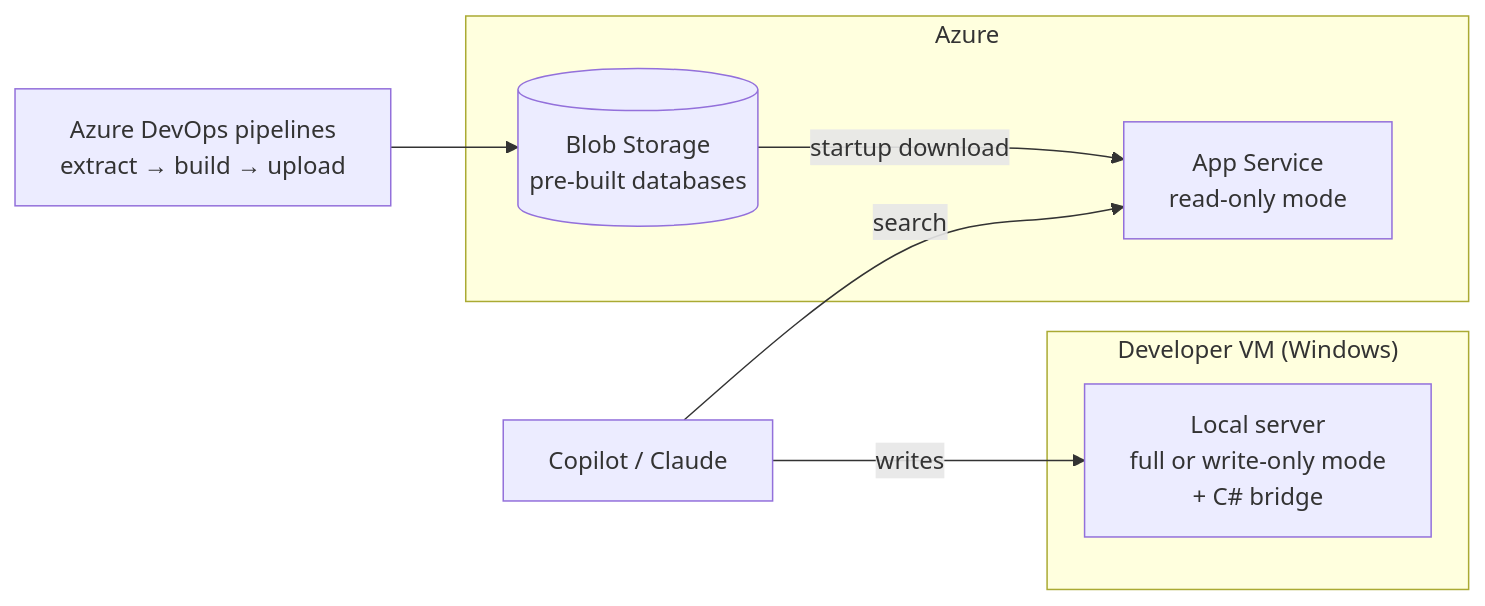
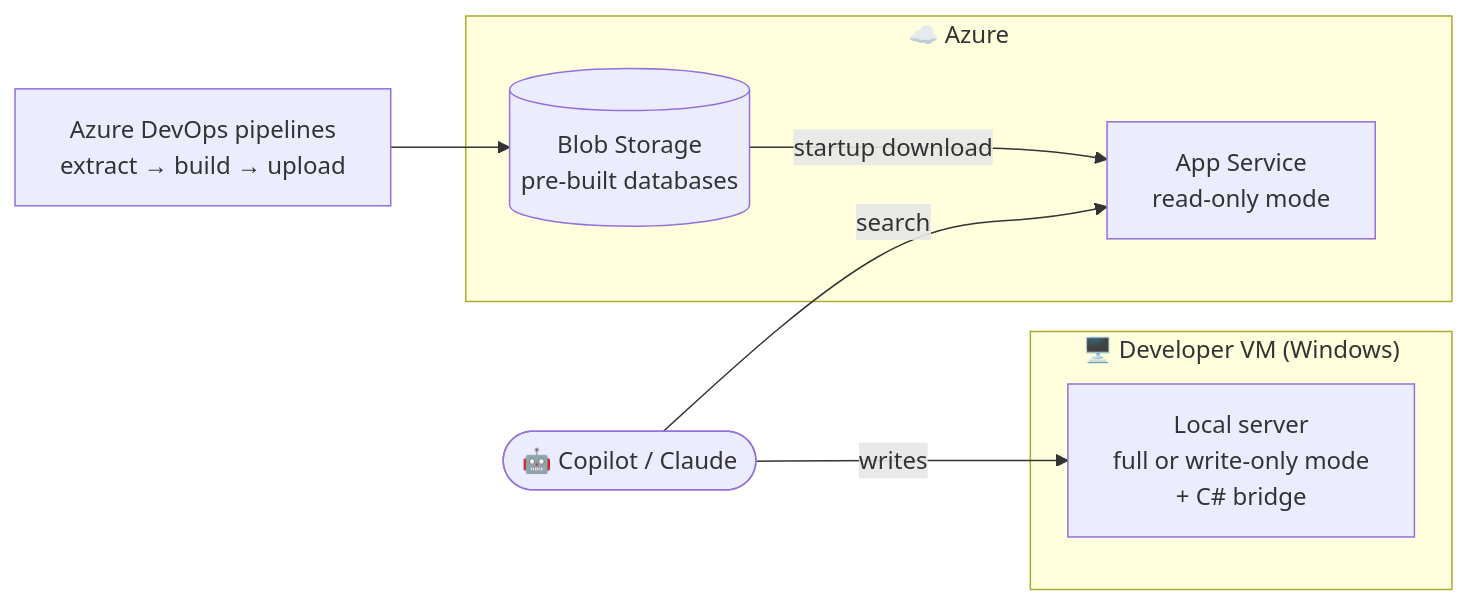
The seventh of 7 diagrams in docs/ARCHITECTURE.md (dynamics365ninja/d365fo-mcp-server), drawn with Mermaid before and after one commit. The commit also changed other lines of this file and 24 other files, not shown here.

First line of the commit message:
docs: rework README and docs layout, redraw broken diagrams

````diff
--- a/docs/ARCHITECTURE.md
+++ b/docs/ARCHITECTURE.md
@@ -209,14 +324,14 @@
 ```mermaid
-graph LR
-    subgraph "Developer VM (Windows)"
-        LOCAL["Local server\nfull or write-only mode\n+ C# bridge"]
+flowchart LR
+    subgraph vm["🖥️ Developer VM (Windows)"]
+        LOCAL["Local server<br/>full or write-only mode<br/>+ C# bridge"]
     end
-    subgraph Azure
-        APP["App Service\nread-only mode"]
-        BLOB[("Blob Storage\npre-built databases")]
+    subgraph azure["☁️ Azure"]
+        APP["App Service<br/>read-only mode"]
+        BLOB[("Blob Storage<br/>pre-built databases")]
     end
-    DEVOPS[Azure DevOps pipelines\nextract → build → upload] --> BLOB
-    BLOB -->|startup download| APP
-    IDE[Copilot / Claude] -->|search| APP
-    IDE -->|writes| LOCAL
+    DEVOPS["Azure DevOps pipelines<br/>extract → build → upload"] --> BLOB
+    BLOB -- "startup download" --> APP
+    IDE(["🤖 Copilot / Claude"]) -- "search" --> APP
+    IDE -- "writes" --> LOCAL
 ```
````
